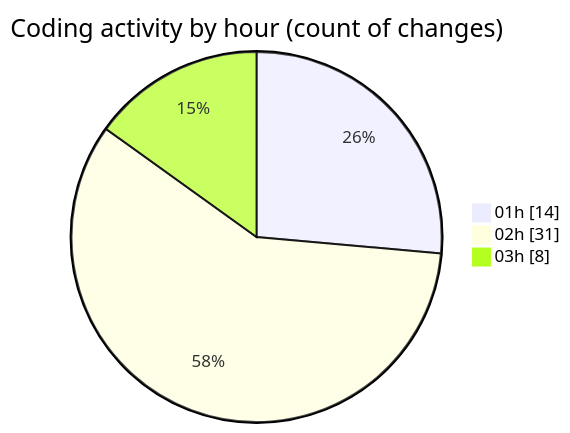
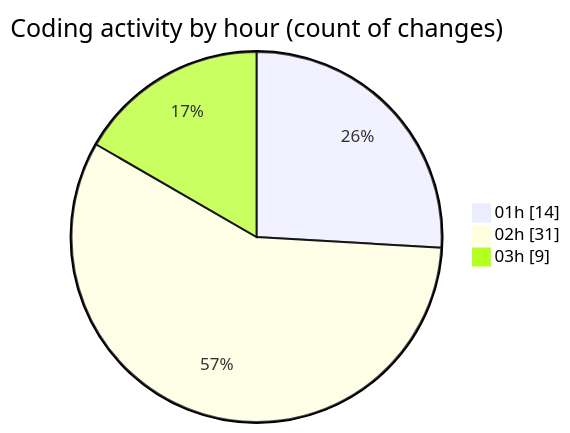
Before and after one commit to jrari/code-tracking: the second of 2 diagrams in 2025-07-13/telebot/README.md, drawn with Mermaid. The commit also changed other lines of this file and 1 other file, not shown here.

````diff
--- a/2025-07-13/telebot/README.md
+++ b/2025-07-13/telebot/README.md
@@ -55,7 +55,7 @@
 ```mermaid
 pie showData
 title Coding activity by hour (count of changes)
 "01h" : 14
 "02h" : 31
-"03h" : 8
+"03h" : 9
 ```
````
